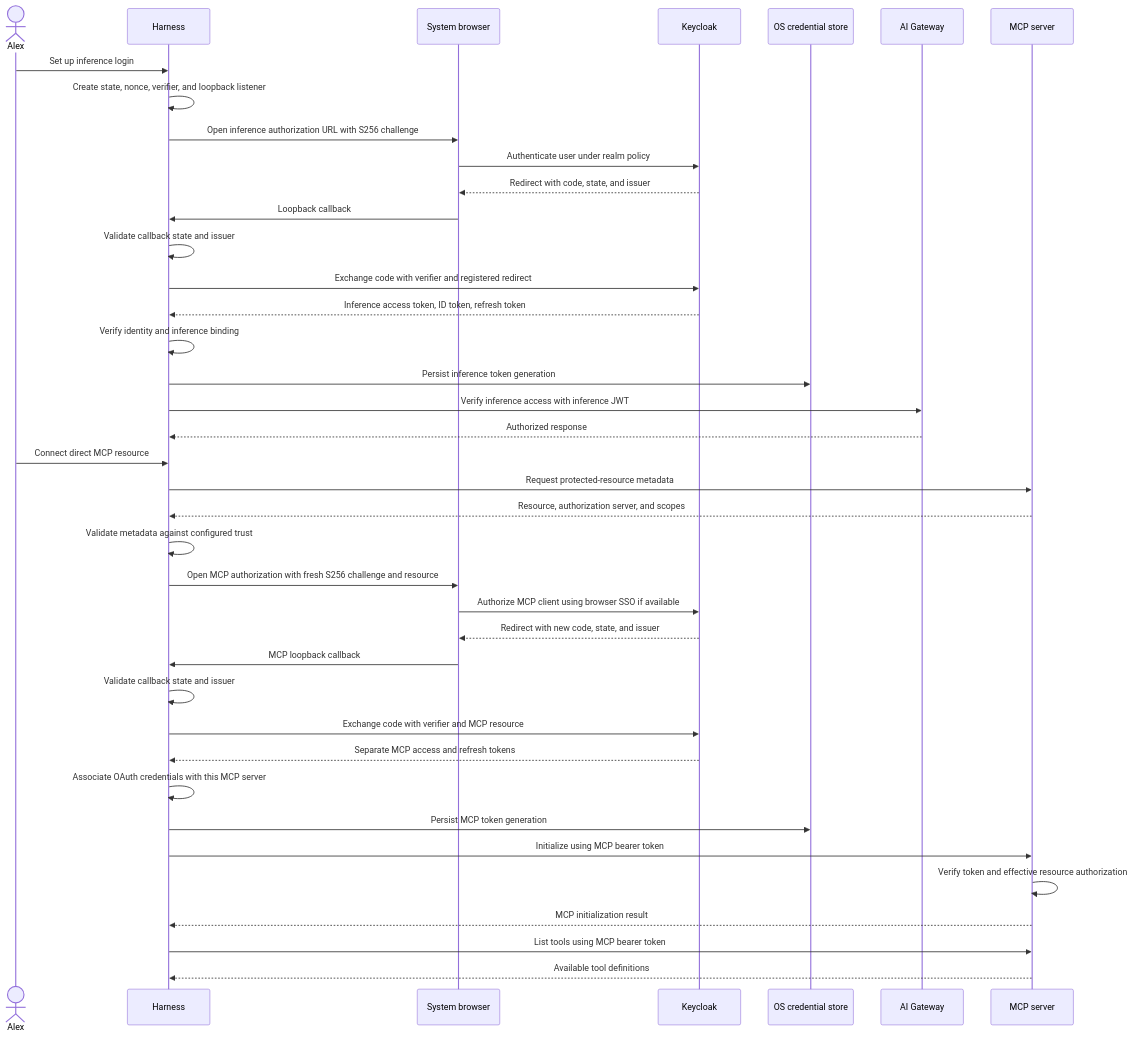
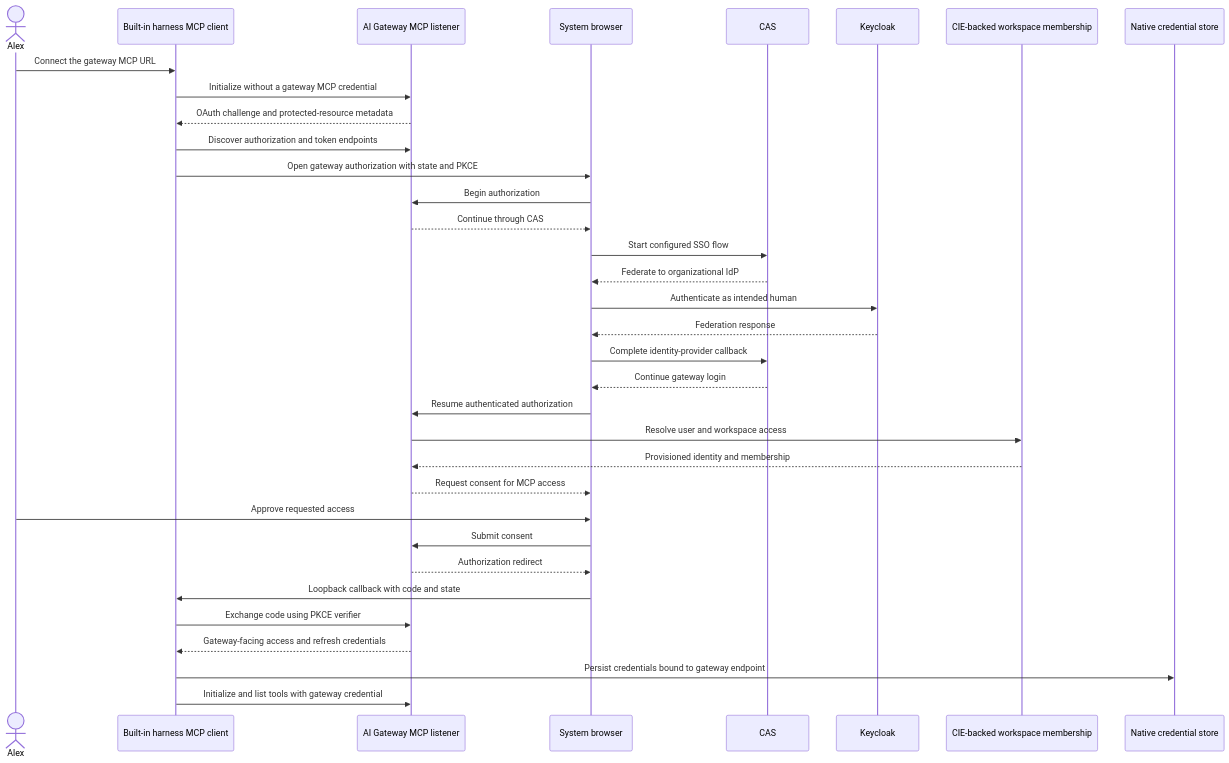
The first of 2 diagrams in docs/login.md (cdot65/prisma-airs-reference-architecture), drawn with Mermaid before and after one commit. The commit also changed other lines of this file and 17 other files, not shown here.

Commit message:
Withdraw direct MCP architecture and restore required gateway mediation

````diff
--- a/docs/login.md
+++ b/docs/login.md
@@ -42,43 +15,38 @@
 ```mermaid
 sequenceDiagram
-    accTitle: Complete native inference and MCP login
-    accDescr: The harness completes browser PKCE for inference, verifies and stores that identity, validates MCP metadata, then completes separate resource-bound PKCE for the same user before invoking MCP.
-    actor alex as Alex
-    participant harness as Harness
+    accTitle: Required gateway-facing native MCP login
+    accDescr: The built-in client discovers OAuth at AI Gateway. Browser authentication goes through CAS and Keycloak. The gateway resolves CIE workspace membership, obtains consent and issues gateway-facing credentials for MCP requests.
+    actor user as Alex
+    participant client as Built-in harness MCP client
+    participant gateway as AI Gateway MCP listener
     participant browser as System browser
-    participant keycloak as Keycloak
-    participant store as OS credential store
-    participant gateway as AI Gateway
-    participant mcp as MCP server
-    alex->>harness: Set up inference login
-    harness->>harness: Create state, nonce, verifier, and loopback listener
-    harness->>browser: Open inference authorization URL with S256 challenge
-    browser->>keycloak: Authenticate user under realm policy
-    keycloak-->>browser: Redirect with code, state, and issuer
-    browser->>harness: Loopback callback
-    harness->>harness: Validate callback state and issuer
-    harness->>keycloak: Exchange code with verifier and registered redirect
-    keycloak-->>harness: Inference access token, ID token, refresh token
-    harness->>harness: Verify identity and inference binding
-    harness->>store: Persist inference token generation
-    harness->>gateway: Verify inference access with inference JWT
-    gateway-->>harness: Authorized response
-    alex->>harness: Connect direct MCP resource
-    harness->>mcp: Request protected-resource metadata
-    mcp-->>harness: Resource, authorization server, and scopes
-    harness->>harness: Validate metadata against configured trust
-    harness->>browser: Open MCP authorization with fresh S256 challenge and resource
-    browser->>keycloak: Authorize MCP client using browser SSO if available
-    keycloak-->>browser: Redirect with new code, state, and issuer
-    browser->>harness: MCP loopback callback
-    harness->>harness: Validate callback state and issuer
-    harness->>keycloak: Exchange code with verifier and MCP resource
-    keycloak-->>harness: Separate MCP access and refresh tokens
-    harness->>harness: Associate OAuth credentials with this MCP server
-    harness->>store: Persist MCP token generation
-    harness->>mcp: Initialize using MCP bearer token
-    mcp->>mcp: Verify token and effective resource authorization
-    mcp-->>harness: MCP initialization result
-    harness->>mcp: List tools using MCP bearer token
-    mcp-->>harness: Available tool definitions
+    participant cas as CAS
+    participant idp as Keycloak
+    participant directory as CIE-backed workspace membership
+    participant store as Native credential store
+    user->>client: Connect the gateway MCP URL
+    client->>gateway: Initialize without a gateway MCP credential
+    gateway-->>client: OAuth challenge and protected-resource metadata
+    client->>gateway: Discover authorization and token endpoints
+    client->>browser: Open gateway authorization with state and PKCE
+    browser->>gateway: Begin authorization
+    gateway-->>browser: Continue through CAS
+    browser->>cas: Start configured SSO flow
+    cas-->>browser: Federate to organizational IdP
+    browser->>idp: Authenticate as intended human
+    idp-->>browser: Federation response
+    browser->>cas: Complete identity-provider callback
+    cas-->>browser: Continue gateway login
+    browser->>gateway: Resume authenticated authorization
+    gateway->>directory: Resolve user and workspace access
+    directory-->>gateway: Provisioned identity and membership
+    gateway-->>browser: Request consent for MCP access
+    user->>browser: Approve requested access
+    browser->>gateway: Submit consent
+    gateway-->>browser: Authorization redirect
+    browser->>client: Loopback callback with code and state
+    client->>gateway: Exchange code using PKCE verifier
+    gateway-->>client: Gateway-facing access and refresh credentials
+    client->>store: Persist credentials bound to gateway endpoint
+    client->>gateway: Initialize and list tools with gateway credential
 ```
````
